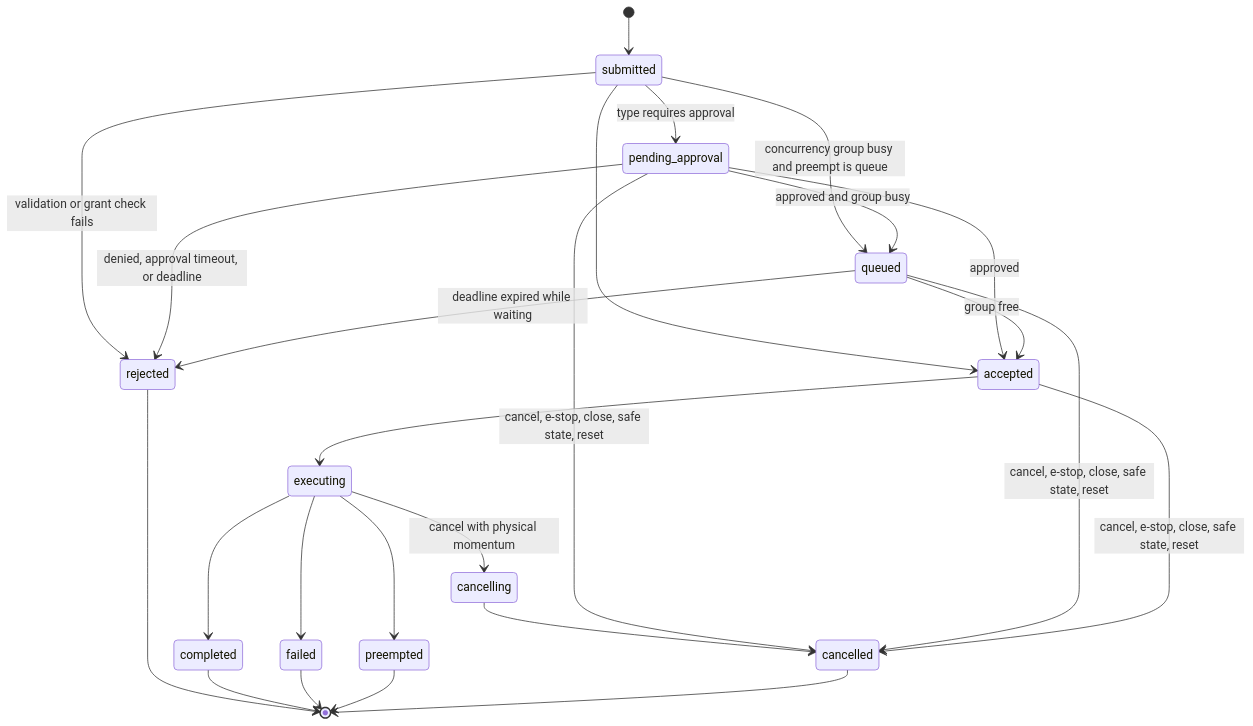
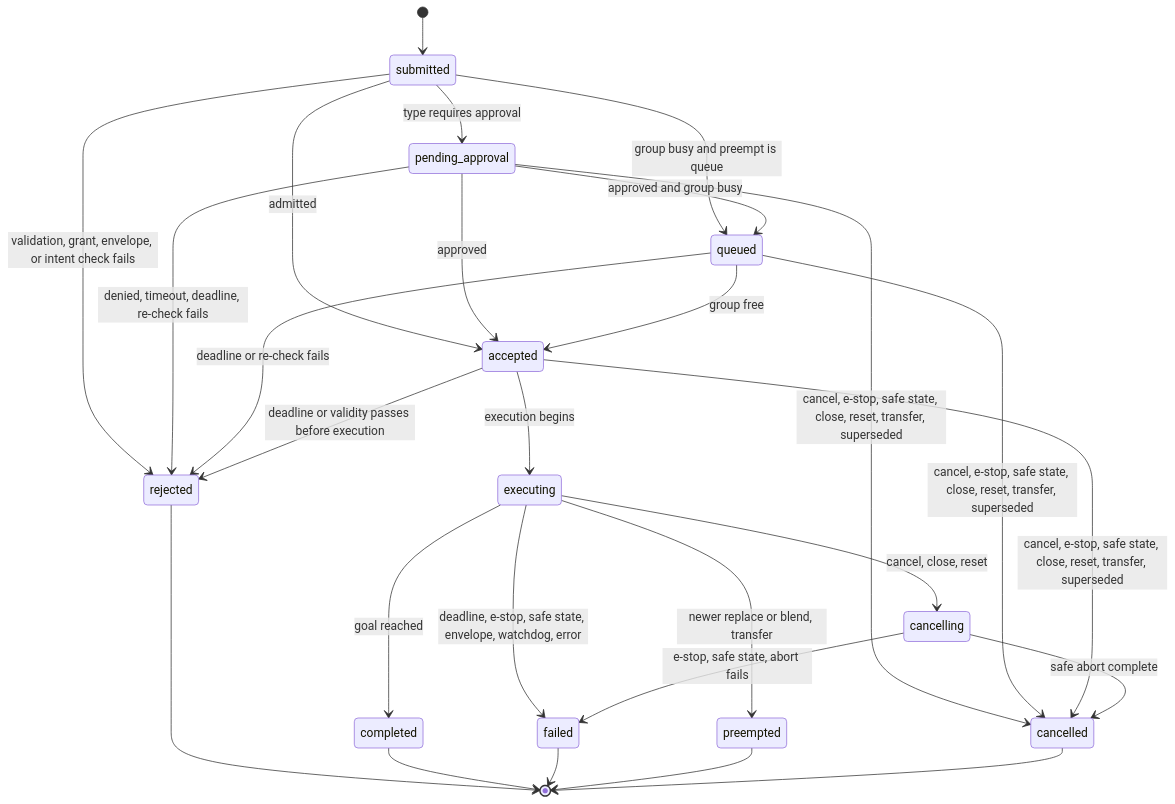
Before and after one commit to Hyperduality/agent-world-protocol: the diagram in spec/loop/action-lifecycle.mdx, drawn with Mermaid. The commit also changed other lines of this file and 89 other files, not shown here.

````diff
--- a/spec/loop/action-lifecycle.mdx
+++ b/spec/loop/action-lifecycle.mdx
@@ -8,27 +8,29 @@
 ```mermaid
 stateDiagram-v2
     [*] --> submitted
-    submitted --> rejected: validation or grant check fails
+    submitted --> rejected: validation, grant, envelope, or intent check fails
     submitted --> pending_approval: type requires approval
-    submitted --> queued: concurrency group busy and preempt is queue
-    submitted --> accepted
+    submitted --> queued: group busy and preempt is queue
+    submitted --> accepted: admitted
     pending_approval --> queued: approved and group busy
     pending_approval --> accepted: approved
-    pending_approval --> rejected: denied, approval timeout, or deadline
+    pending_approval --> rejected: denied, timeout, deadline, re-check fails
+    pending_approval --> cancelled: cancel, e-stop, safe state, close, reset, transfer, superseded
     queued --> accepted: group free
-    queued --> rejected: deadline expired while waiting
-    accepted --> executing
-    executing --> cancelling: cancel with physical momentum
-    executing --> completed
-    executing --> failed
-    executing --> preempted
-    cancelling --> cancelled
-    pending_approval --> cancelled: cancel, e-stop, close, safe state, reset
-    queued --> cancelled: cancel, e-stop, close, safe state, reset
-    accepted --> cancelled: cancel, e-stop, close, safe state, reset
+    queued --> rejected: deadline or re-check fails
+    queued --> cancelled: cancel, e-stop, safe state, close, reset, transfer, superseded
+    accepted --> executing: execution begins
+    accepted --> rejected: deadline or validity passes before execution
+    accepted --> cancelled: cancel, e-stop, safe state, close, reset, transfer, superseded
+    executing --> completed: goal reached
+    executing --> failed: deadline, e-stop, safe state, envelope, watchdog, error
+    executing --> preempted: newer replace or blend, transfer
+    executing --> cancelling: cancel, close, reset
+    cancelling --> cancelled: safe abort complete
+    cancelling --> failed: e-stop, safe state, abort fails
     rejected --> [*]
     completed --> [*]
     failed --> [*]
     preempted --> [*]
     cancelled --> [*]
 ```
````
